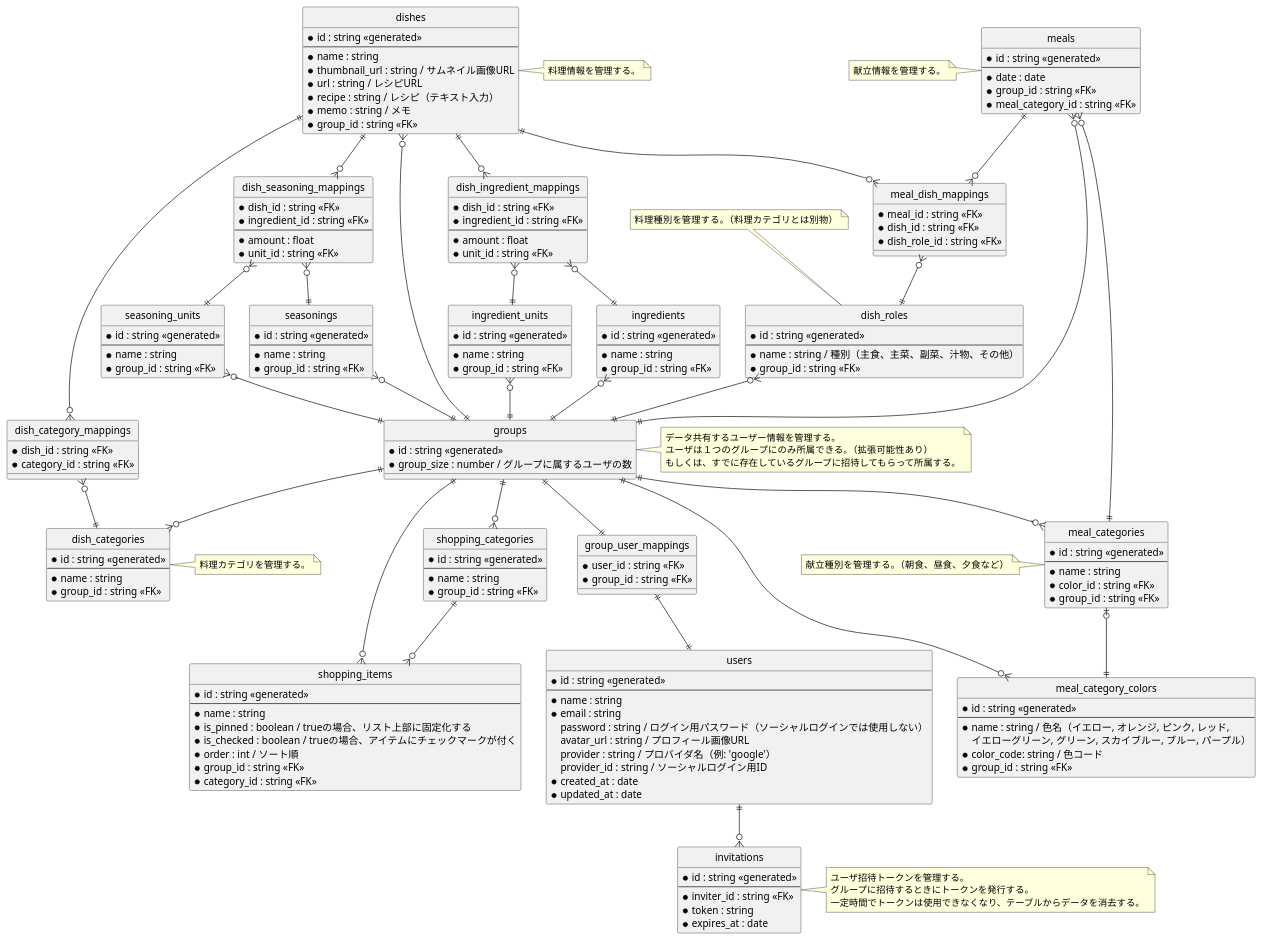
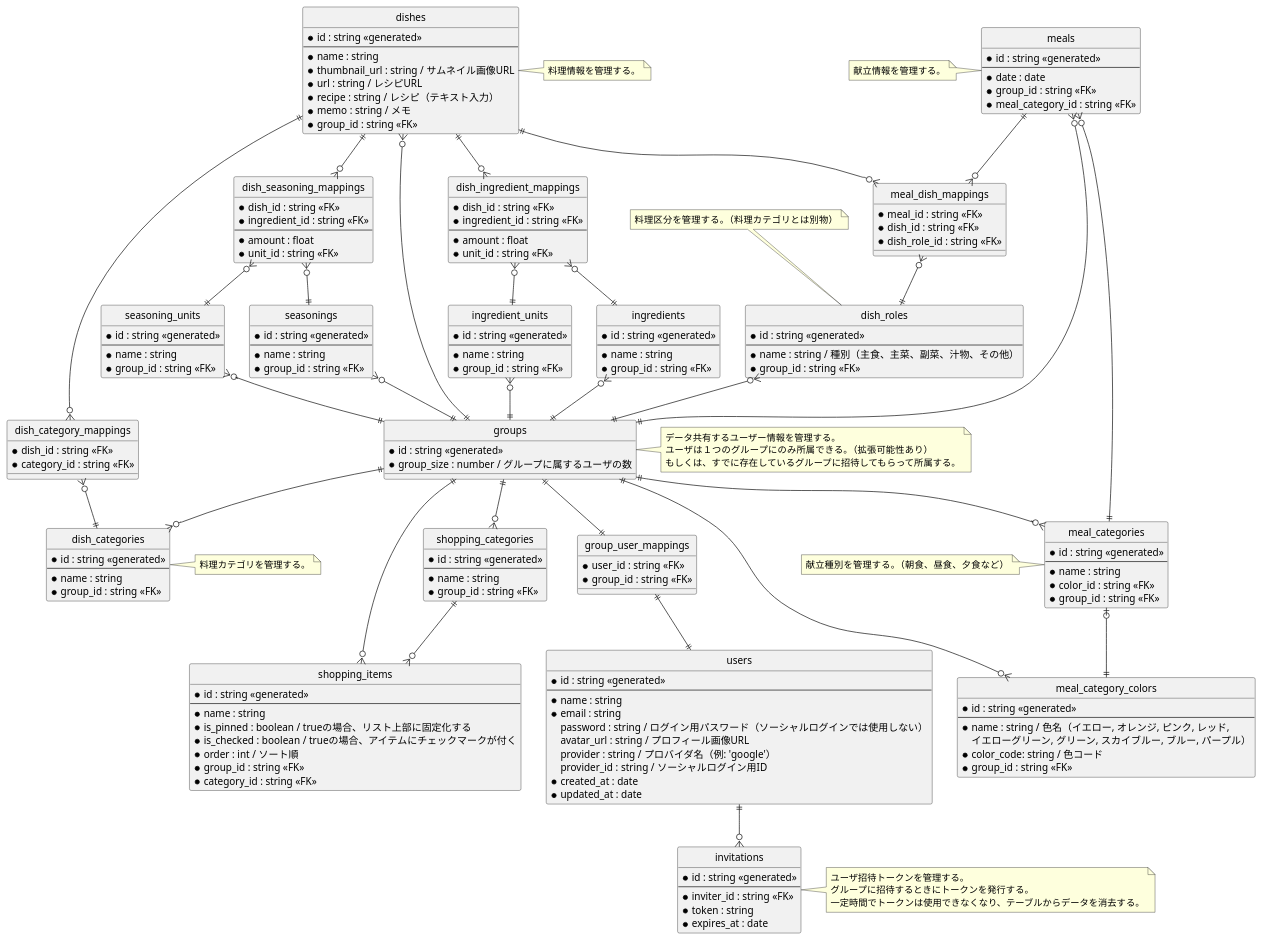
One commit to nanoha94/meap changed the diagram in server/docs/er.puml. Above: the diagram before and after it, drawn with PlantUML. The commit also changed 16 other files, not shown here.

```diff
--- a/server/docs/er.puml
+++ b/server/docs/er.puml
@@ -213,7 +213,7 @@
 end note
 
 note top of dish_roles
-  料理種別を管理する。（料理カテゴリとは別物）
+  料理区分を管理する。（料理カテゴリとは別物）
 end note
 
 note right of dish_categories
```
